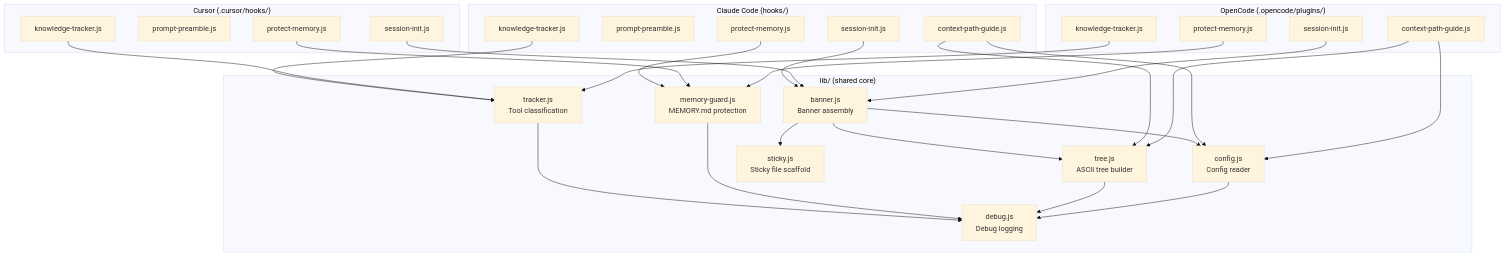
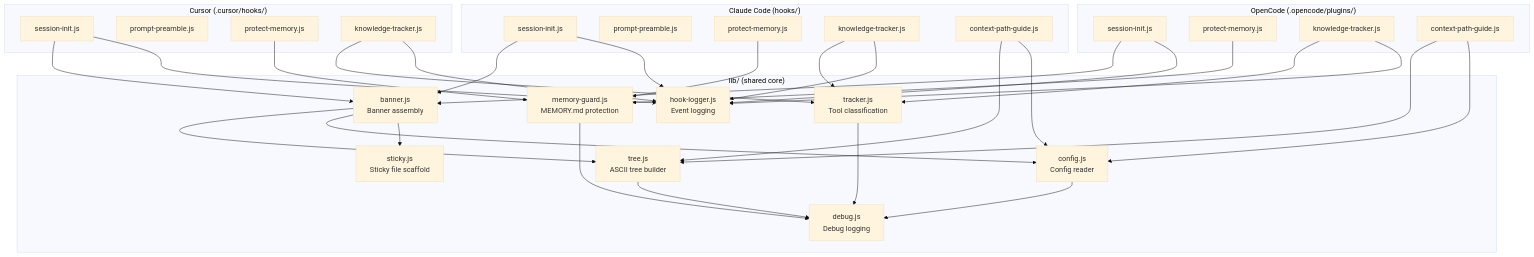
The seventh of 7 diagrams in docs/how-it-works.md (lorehq/lore-docs), drawn with Mermaid (base theme) before and after one commit. The commit also changed other lines of this file and 1 other file, not shown here.

First line of the commit message:
Document hook observability system (LORE_HOOK_LOG)

````diff
--- a/docs/how-it-works.md
+++ b/docs/how-it-works.md
@@ -285,41 +285,43 @@
 ```mermaid
 flowchart TB
     subgraph lib["lib/ (shared core)"]
         banner["banner.js<br/>Banner assembly"]
         tree["tree.js<br/>ASCII tree builder"]
         config["config.js<br/>Config reader"]
         sticky["sticky.js<br/>Sticky file scaffold"]
         tracker["tracker.js<br/>Tool classification"]
         guard["memory-guard.js<br/>MEMORY.md protection"]
         debug["debug.js<br/>Debug logging"]
+        hooklog["hook-logger.js<br/>Event logging"]
     end
 
     subgraph claude["Claude Code (hooks/)"]
         cc_si[session-init.js]
         cc_pp[prompt-preamble.js]
         cc_pm[protect-memory.js]
         cc_kt[knowledge-tracker.js]
         cc_cp[context-path-guide.js]
     end
 
     subgraph cursor["Cursor (.cursor/hooks/)"]
         cu_si[session-init.js]
         cu_pp[prompt-preamble.js]
         cu_pm[protect-memory.js]
         cu_kt[knowledge-tracker.js]
     end
 
     subgraph opencode["OpenCode (.opencode/plugins/)"]
         oc_si[session-init.js]
         oc_pm[protect-memory.js]
         oc_kt[knowledge-tracker.js]
         oc_cp[context-path-guide.js]
     end
 
     cc_si & cu_si & oc_si --> banner
     banner --> tree & config & sticky
     cc_kt & cu_kt & oc_kt --> tracker
     cc_pm & cu_pm & oc_pm --> guard
     cc_cp & oc_cp --> tree & config
     tracker & guard & tree & config --> debug
+    cc_si & cu_si & oc_si & cc_kt & cu_kt & oc_kt --> hooklog
 ```
````
